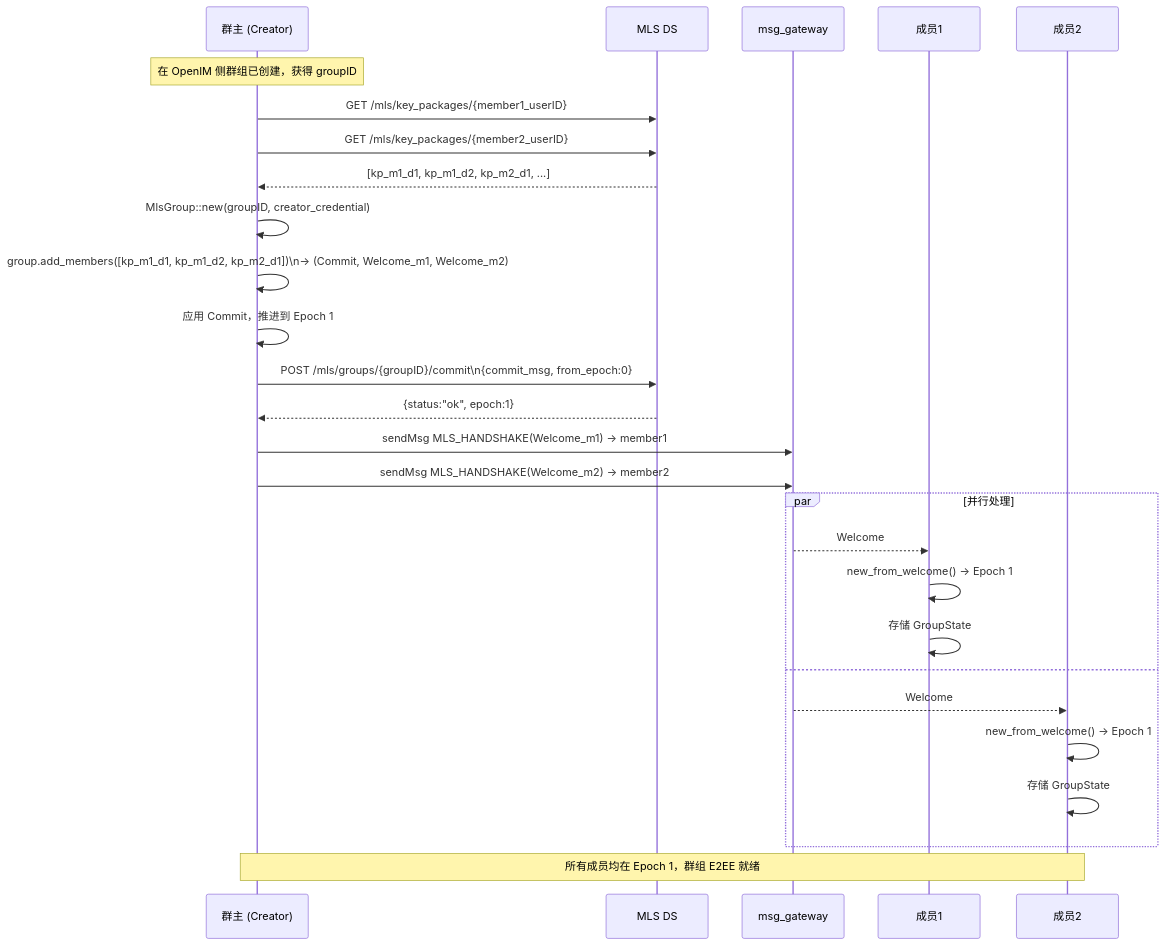
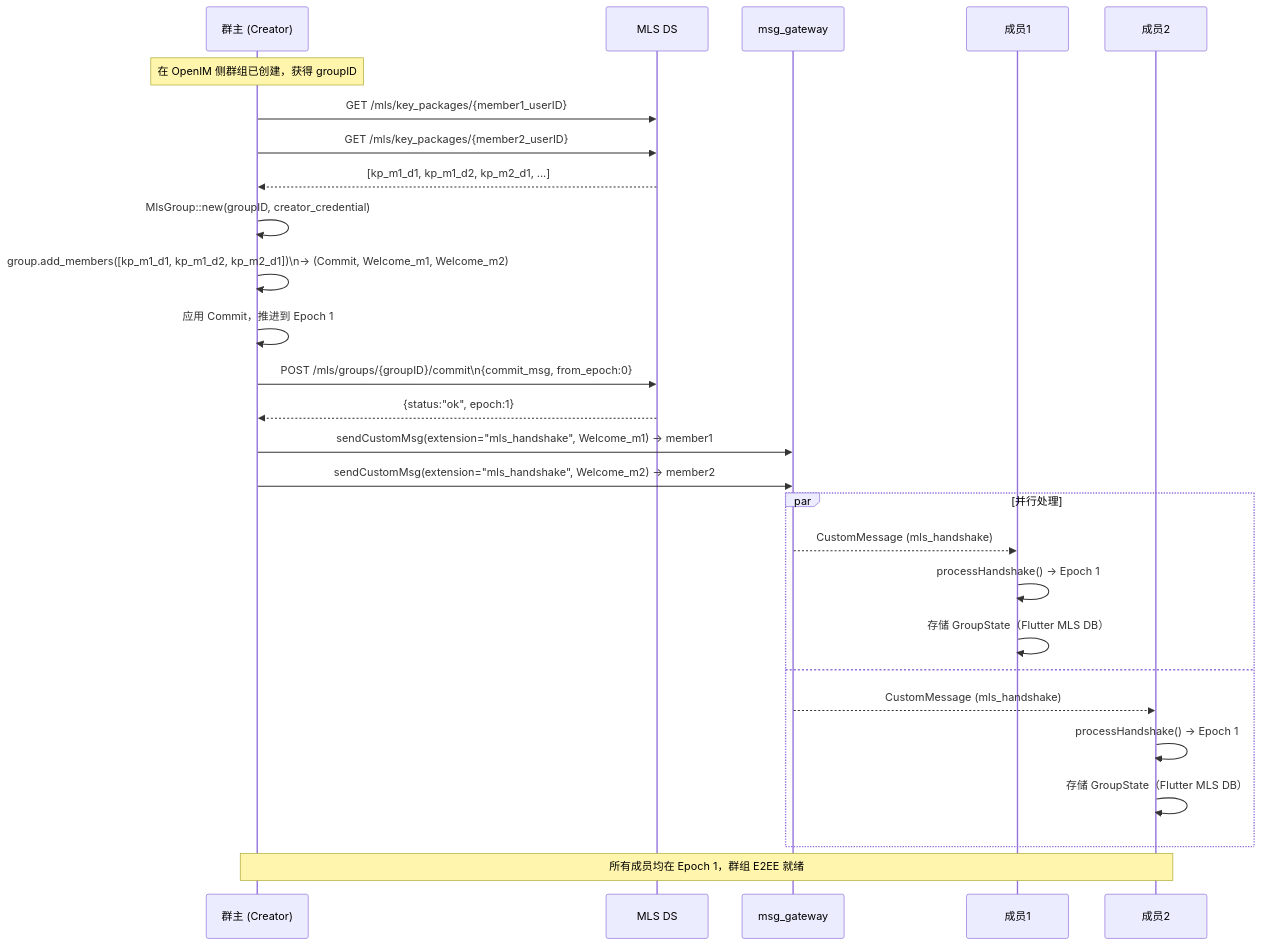
The fifth of 9 diagrams in e2ee-openmls-design.md (sok-im/open-im-server-origin), drawn with Mermaid before and after one commit. The commit also changed other lines of this file and 10 other files, not shown here.

````diff
--- a/e2ee-openmls-design.md
+++ b/e2ee-openmls-design.md
@@ -293,36 +333,36 @@
 ```mermaid
 sequenceDiagram
     participant Creator as 群主 (Creator)
     participant DS as MLS DS
     participant GW as msg_gateway
     participant M1 as 成员1
     participant M2 as 成员2
 
     Note over Creator: 在 OpenIM 侧群组已创建，获得 groupID
 
     Creator->>DS: GET /mls/key_packages/{member1_userID}
     Creator->>DS: GET /mls/key_packages/{member2_userID}
     DS-->>Creator: [kp_m1_d1, kp_m1_d2, kp_m2_d1, ...]
 
     Creator->>Creator: MlsGroup::new(groupID, creator_credential)
     Creator->>Creator: group.add_members([kp_m1_d1, kp_m1_d2, kp_m2_d1])\n→ (Commit, Welcome_m1, Welcome_m2)
     Creator->>Creator: 应用 Commit，推进到 Epoch 1
 
     Creator->>DS: POST /mls/groups/{groupID}/commit\n{commit_msg, from_epoch:0}
     DS-->>Creator: {status:"ok", epoch:1}
 
-    Creator->>GW: sendMsg MLS_HANDSHAKE(Welcome_m1) → member1
-    Creator->>GW: sendMsg MLS_HANDSHAKE(Welcome_m2) → member2
+    Creator->>GW: sendCustomMsg(extension="mls_handshake", Welcome_m1) → member1
+    Creator->>GW: sendCustomMsg(extension="mls_handshake", Welcome_m2) → member2
 
     par 并行处理
-        GW-->>M1: Welcome
-        M1->>M1: new_from_welcome() → Epoch 1
-        M1->>M1: 存储 GroupState
+        GW-->>M1: CustomMessage (mls_handshake)
+        M1->>M1: processHandshake() → Epoch 1
+        M1->>M1: 存储 GroupState（Flutter MLS DB）
     and
-        GW-->>M2: Welcome
-        M2->>M2: new_from_welcome() → Epoch 1
-        M2->>M2: 存储 GroupState
+        GW-->>M2: CustomMessage (mls_handshake)
+        M2->>M2: processHandshake() → Epoch 1
+        M2->>M2: 存储 GroupState（Flutter MLS DB）
     end
 
     Note over Creator,M2: 所有成员均在 Epoch 1，群组 E2EE 就绪
 ```
````
